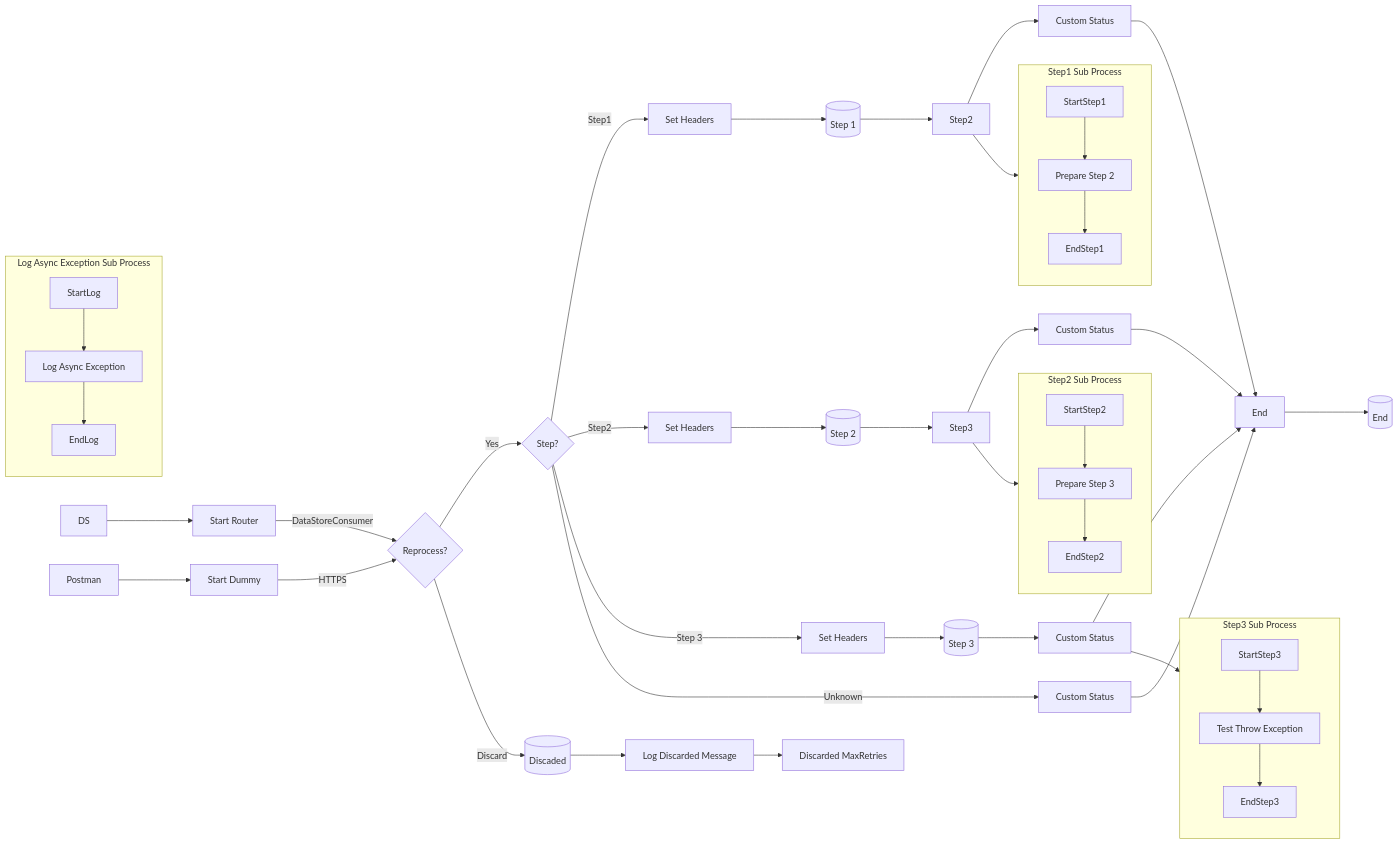
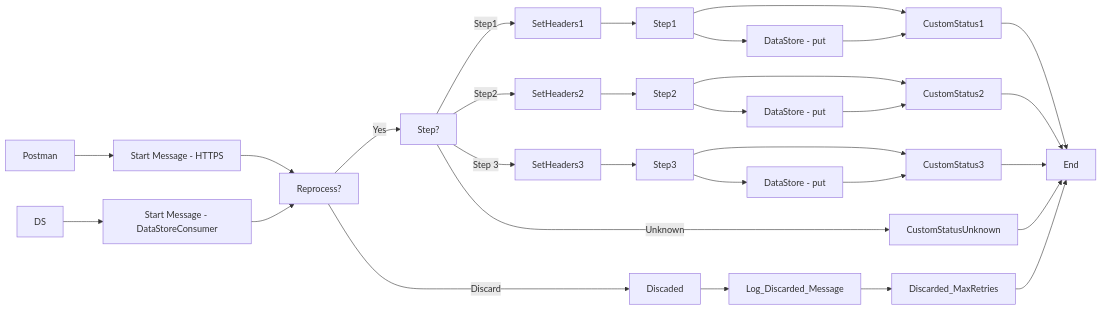
The diagram in MMZ - Cell Iflows/SEDA_Model_-_Single_DS_-_Restart_and_Discard_MMZ-1.0.1/readme.md (Avvale-IA-CICD/AvvaleCPI), drawn with Mermaid before and after one commit. The commit also changed other lines of this file, not shown here.

Commit message:
Add/update documentation for SEDA_Model_-_Single_DS_-_Restart_and_Discard_MMZ v1.0.1

````diff
--- a/MMZ - Cell Iflows/SEDA_Model_-_Single_DS_-_Restart_and_Discard_MMZ-1.0.1/readme.md
+++ b/MMZ - Cell Iflows/SEDA_Model_-_Single_DS_-_Restart_and_Discard_MMZ-1.0.1/readme.md
@@ -5,61 +5,32 @@
 ```mermaid
 graph LR
-    Postman --> HTTPS[Start Dummy]
-    DS --> DataStoreConsumer[Start Router]
-
-    DataStoreConsumer -- "DataStoreConsumer" --> ExclusiveGatewayReprocess{Reprocess?}
-    HTTPS -- "HTTPS" --> ExclusiveGatewayReprocess
-
-    ExclusiveGatewayReprocess -- Yes --> ExclusiveGatewayStep{Step?}
-    ExclusiveGatewayReprocess -- Discard --> Discaded[(Discaded)]
-
-    Discaded --> LogDiscardedMessage[Log Discarded Message]
-    LogDiscardedMessage --> EndDiscarded[Discarded MaxRetries]
-
-    ExclusiveGatewayStep -- Step1 --> SetHeaders1[Set Headers]
-    ExclusiveGatewayStep -- Step2 --> SetHeaders2[Set Headers]
-    ExclusiveGatewayStep -- Step 3 --> SetHeaders3[Set Headers]
-    ExclusiveGatewayStep -- Unknown --> CustomStatusUnknown[Custom Status]
-
-    SetHeaders1 --> Step1[(Step 1)]
-    SetHeaders2 --> Step2Proc[(Step 2)]
-    SetHeaders3 --> Step3Proc[(Step 3)]
-
-    Step1 --> DataStoreStep2[Step2]
-    Step2Proc --> DataStoreStep3[Step3]
-    Step3Proc --> SetCustomStatusStep3[Custom Status]
-
-    DataStoreStep2 --> SetCustomStatusStep1[Custom Status]
-    DataStoreStep3 --> SetCustomStatusStep2[Custom Status]
-
-    SetCustomStatusStep1 --> End
-    SetCustomStatusStep2 --> End
-    SetCustomStatusStep3 --> End
+    Postman --> HTTPS[Start Message - HTTPS]
+    HTTPS --> Reprocess?
+    Reprocess? -- Yes --> Step?
+    Reprocess? -- Discard --> Discaded
+    Discaded --> Log_Discarded_Message
+    Log_Discarded_Message --> Discarded_MaxRetries
+    Step? -- Step1 --> SetHeaders1
+    Step? -- Step2 --> SetHeaders2
+    Step? -- Step 3 --> SetHeaders3
+    Step? -- Unknown --> CustomStatusUnknown
+    SetHeaders1 --> Step1
+    SetHeaders2 --> Step2
+    SetHeaders3 --> Step3
+    Step1 --> CustomStatus1
+    Step2 --> CustomStatus2
+    Step3 --> CustomStatus3
+    CustomStatus1 --> End
+    CustomStatus2 --> End
+    CustomStatus3 --> End
+    Discarded_MaxRetries --> End
     CustomStatusUnknown --> End
-
-    End --> EndRouter[(End)]
-
-    subgraph Step1Sub [Step1 Sub Process]
-        StartStep1 --> PrepareStep2[Prepare Step 2]
-        PrepareStep2 --> EndStep1
-    end
-
-    subgraph Step2Sub [Step2 Sub Process]
-        StartStep2 --> PrepareStep3[Prepare Step 3]
-        PrepareStep3 --> EndStep2
-    end
-
-    subgraph Step3Sub [Step3 Sub Process]
-        StartStep3 --> TestThrowException[Test Throw Exception]
-        TestThrowException --> EndStep3
-    end
-
-    DataStoreStep2 --> Step1Sub
-    DataStoreStep3 --> Step2Sub
-    SetCustomStatusStep3 --> Step3Sub
-
-    subgraph LogAsyncException [Log Async Exception Sub Process]
-        StartLog --> LogException[Log Async Exception]
-        LogException --> EndLog
-    end
+    Step1 --> DB_Step1[DataStore - put]
+    Step2 --> DB_Step2[DataStore - put]
+    Step3 --> DB_Step3[DataStore - put]
+    DB_Step1 --> CustomStatus1
+    DB_Step2 --> CustomStatus2
+    DB_Step3 --> CustomStatus3
+    DS --> Start[Start Message - DataStoreConsumer]
+    Start --> Reprocess?
 ```
````
